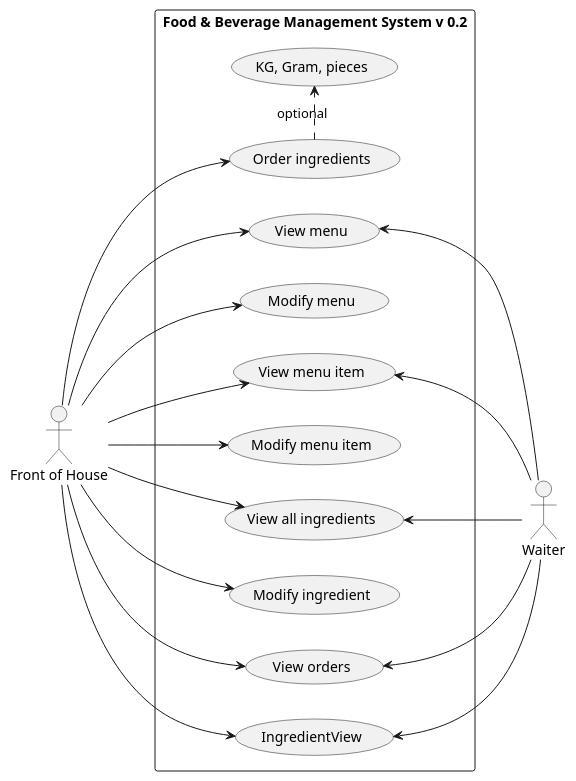
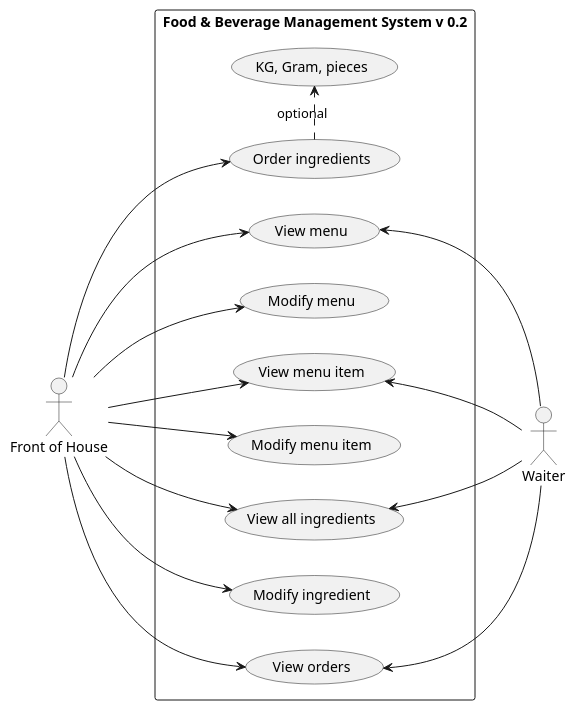
The diagram in src/main/docs/uml/use-case/restaurant/bar.puml (mrjink/molveno), drawn with PlantUML before and after one commit.

Commit message:
Removed ingredient view

```diff
--- a/src/main/docs/uml/use-case/restaurant/bar.puml
+++ b/src/main/docs/uml/use-case/restaurant/bar.puml
@@ -1,40 +1,38 @@
 @startuml
 
 left to right direction
 
 actor "Front of House" as FoH
 actor Waiter
 
 rectangle "Food & Beverage Management System v 0.2" {
     (View menu) as (MenuView)
     (Modify menu) as (MenuUpdate)
 
     (View menu item) as (MenuItemView)
     (Modify menu item) as (MenuItemUpdate)
 
     (View all ingredients) as (IngredientAll)
     (Modify ingredient) as (IngredientUpdate)
     (Order ingredients) as (IngredientOrder)
     (View orders) as (BarOrderView)
     (KG, Gram, pieces) as (IngredientQuantity)
     (IngredientOrder) .> (IngredientQuantity) : optional
 
     FoH --> (MenuView)
     FoH --> (MenuUpdate)
     FoH --> (MenuItemView)
     FoH --> (MenuItemUpdate)
 
     FoH --> (IngredientAll)
-    FoH --> (IngredientView)
     FoH --> (IngredientUpdate)
     FoH --> (IngredientOrder)
     FoH --> (BarOrderView)
 
     (MenuView) <-- Waiter
     (MenuItemView) <-- Waiter
     (IngredientAll) <-- Waiter
-    (IngredientView) <-- Waiter
     (BarOrderView) <-- Waiter
 }
 
 @enduml
```
